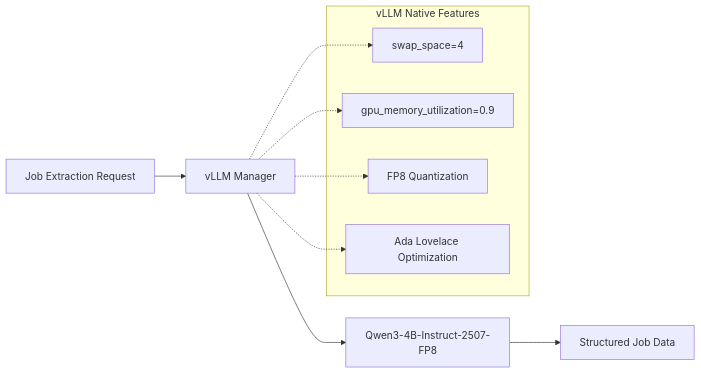
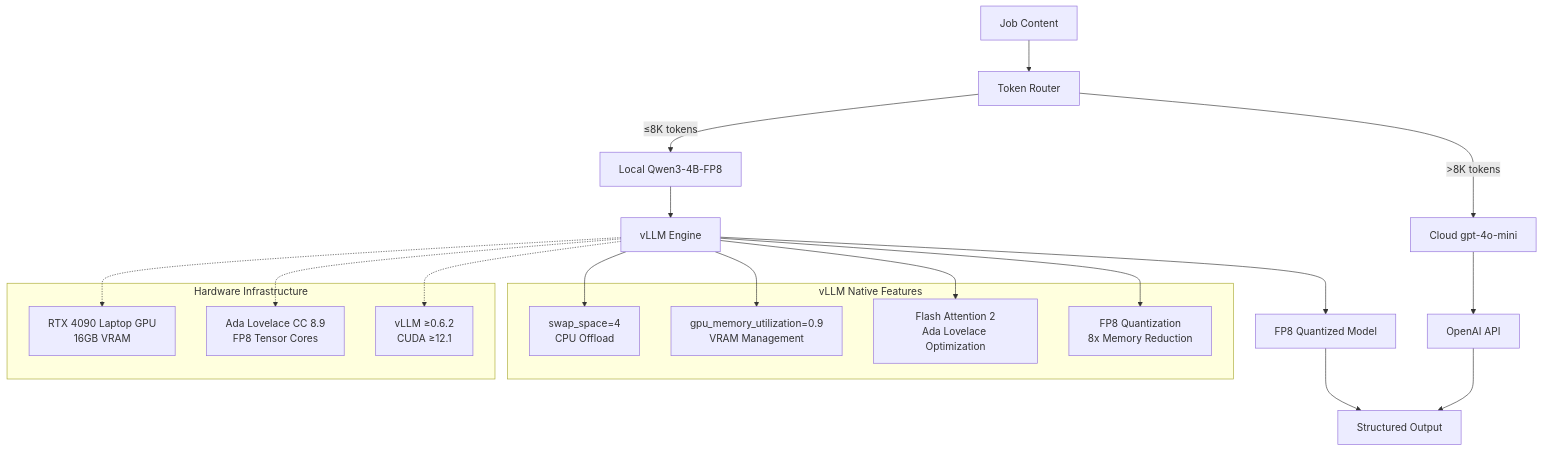
The diagram in docs/adrs/ADR-004-local-ai-integration.md (BjornMelin/ai-job-scraper), drawn with Mermaid before and after one commit. The commit also changed other lines of this file and 7 other files, not shown here.

````diff
--- a/docs/adrs/ADR-004-local-ai-integration.md
+++ b/docs/adrs/ADR-004-local-ai-integration.md
@@ -168,18 +303,34 @@
 ```mermaid
-graph LR
-    A[Job Extraction Request] --> B[vLLM Manager]
-    B --> C[Qwen3-4B-Instruct-2507-FP8]
-    C --> D[Structured Job Data]
+graph TD
+    A[Job Content] --> B[Token Router]
+    B -->|≤8K tokens| C[Local Qwen3-4B-FP8]
+    B -->|>8K tokens| D[Cloud gpt-4o-mini]
+    
+    C --> E[vLLM Engine]
+    E --> F[FP8 Quantized Model]
+    F --> G[Structured Output]
+    
+    D --> H[OpenAI API]
+    H --> G
     
     subgraph "vLLM Native Features"
-        E[swap_space=4]
-        F[gpu_memory_utilization=0.9]
-        G[FP8 Quantization]
-        H[Ada Lovelace Optimization]
+        I[swap_space=4<br/>CPU Offload]
+        J[gpu_memory_utilization=0.9<br/>VRAM Management]
+        K[Flash Attention 2<br/>Ada Lovelace Optimization]
+        L[FP8 Quantization<br/>8x Memory Reduction]
     end
     
-    B -.-> E
-    B -.-> F
-    B -.-> G
-    B -.-> H
+    subgraph "Hardware Infrastructure"
+        M[RTX 4090 Laptop GPU<br/>16GB VRAM]
+        N[Ada Lovelace CC 8.9<br/>FP8 Tensor Cores]
+        O[vLLM ≥0.6.2<br/>CUDA ≥12.1]
+    end
+    
+    E --> I
+    E --> J  
+    E --> K
+    E --> L
+    E -.-> M
+    E -.-> N
+    E -.-> O
 ```
````
